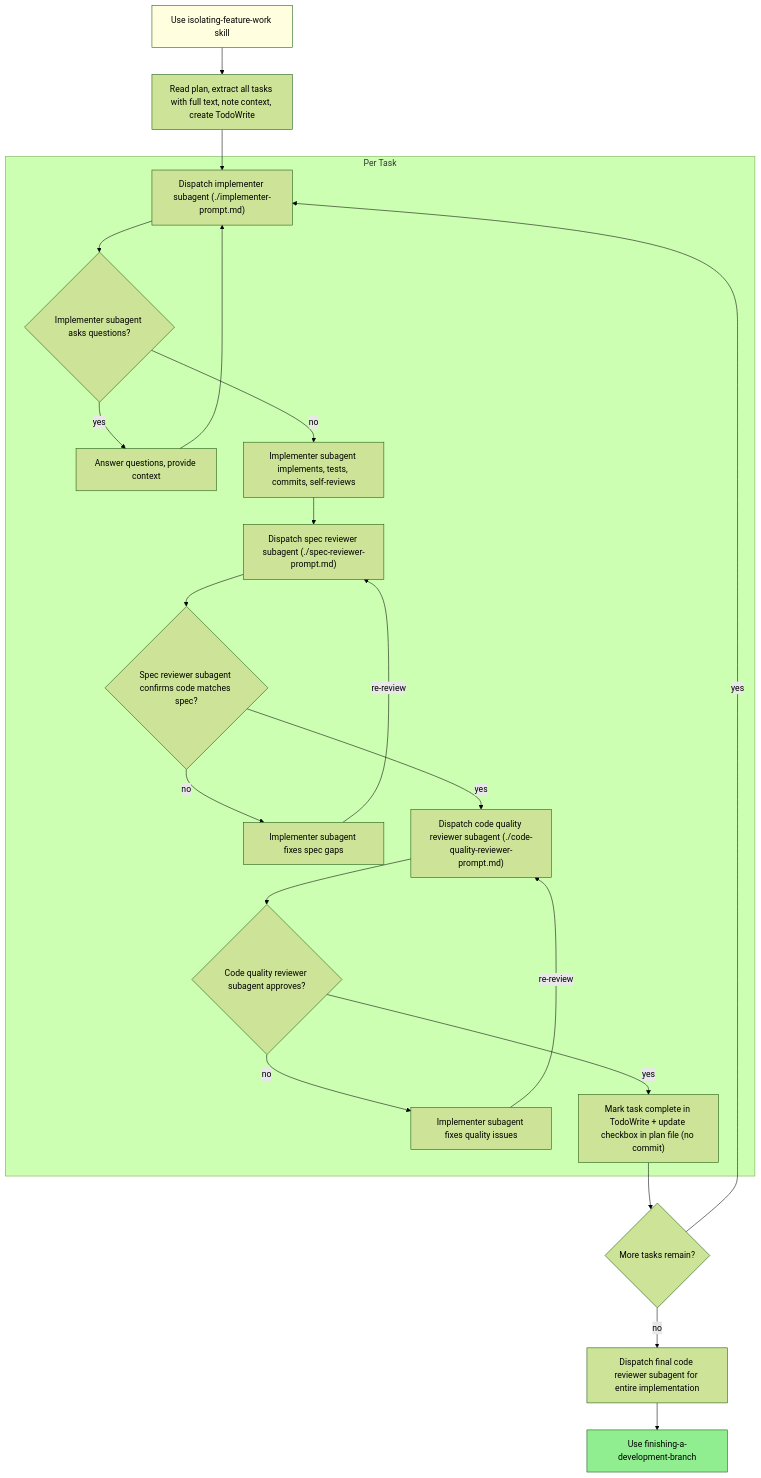
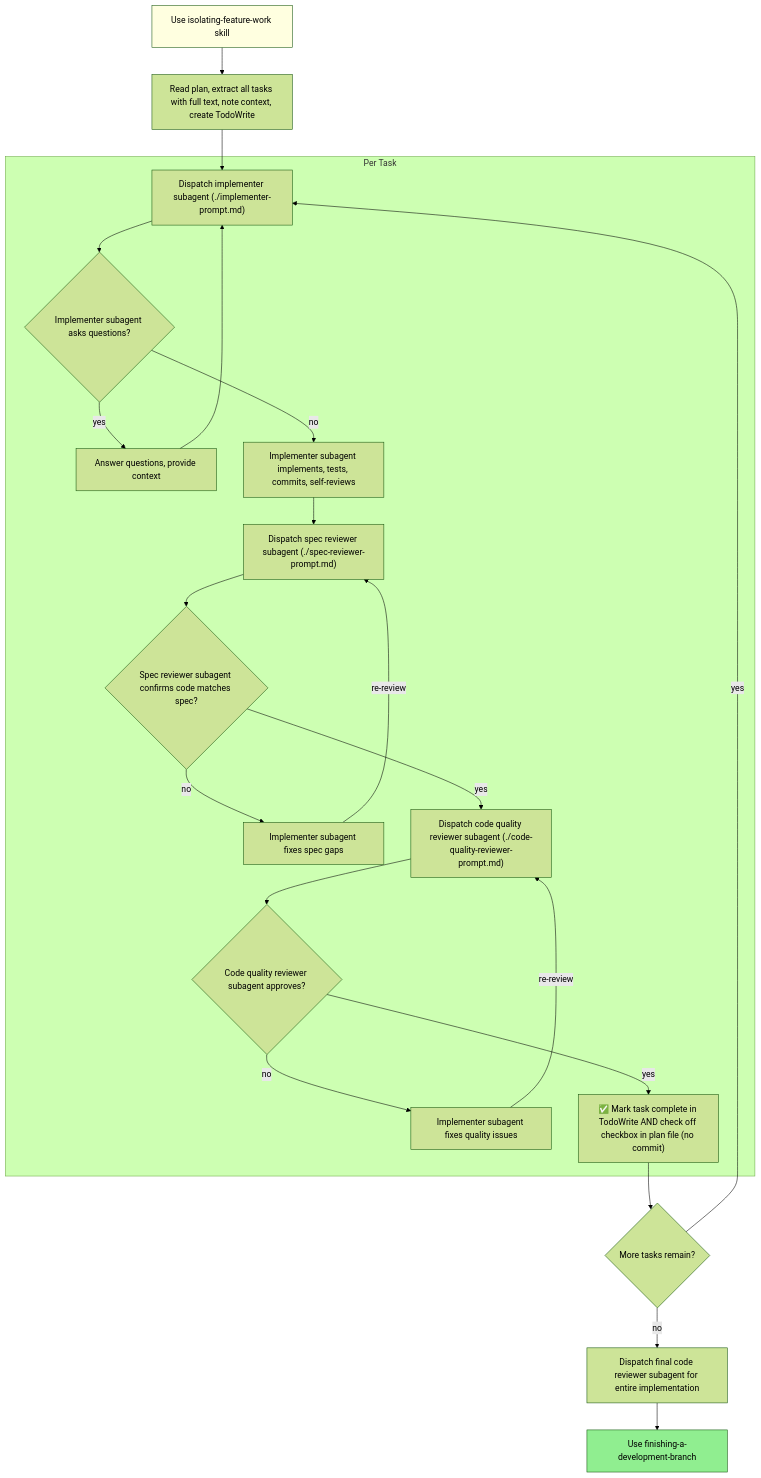
Before and after one commit to tungdd98/health-chatbot: the second of 2 diagrams in .ai/skills/subagent-driven-development/SKILL.md, drawn with Mermaid (forest theme). The commit also changed other lines of this file, not shown here.

First line of the commit message:
chore: Revise task completion and checkbox update instructions

````diff
--- a/.ai/skills/subagent-driven-development/SKILL.md
+++ b/.ai/skills/subagent-driven-development/SKILL.md
@@ -44,45 +44,45 @@
 ```mermaid
 flowchart TD
     isolate["Use isolating-feature-work skill"]
     read["Read plan, extract all tasks with full text, note context, create TodoWrite"]
     moreTasks{"More tasks remain?"}
     finalReview["Dispatch final code reviewer subagent for entire implementation"]
     finish["Use finishing-a-development-branch"]
 
     subgraph perTask ["Per Task"]
         dispatch["Dispatch implementer subagent (./implementer-prompt.md)"]
         questions{"Implementer subagent asks questions?"}
         answer["Answer questions, provide context"]
         implement["Implementer subagent implements, tests, commits, self-reviews"]
         specReview["Dispatch spec reviewer subagent (./spec-reviewer-prompt.md)"]
         specMatch{"Spec reviewer subagent confirms code matches spec?"}
         fixSpec["Implementer subagent fixes spec gaps"]
         qualReview["Dispatch code quality reviewer subagent (./code-quality-reviewer-prompt.md)"]
         qualApprove{"Code quality reviewer subagent approves?"}
         fixQuality["Implementer subagent fixes quality issues"]
-        markDone["Mark task complete in TodoWrite + update checkbox in plan file (no commit)"]
+        markDone["✅ Mark task complete in TodoWrite AND check off checkbox in plan file (no commit)"]
     end
 
     isolate --> read
     read --> dispatch
     dispatch --> questions
     questions -->|yes| answer
     answer --> dispatch
     questions -->|no| implement
     implement --> specReview
     specReview --> specMatch
     specMatch -->|no| fixSpec
     fixSpec -->|re-review| specReview
     specMatch -->|yes| qualReview
     qualReview --> qualApprove
     qualApprove -->|no| fixQuality
     fixQuality -->|re-review| qualReview
     qualApprove -->|yes| markDone
     markDone --> moreTasks
     moreTasks -->|yes| dispatch
     moreTasks -->|no| finalReview
     finalReview --> finish
 
     style isolate fill:#ffffe0
     style finish fill:#90ee90
 ```
````
